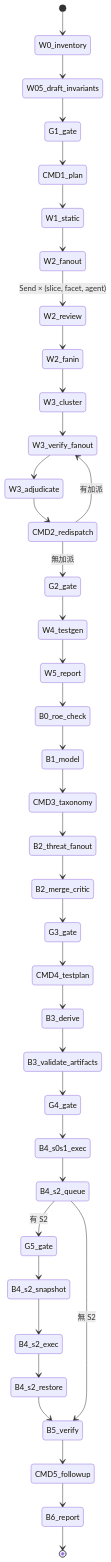
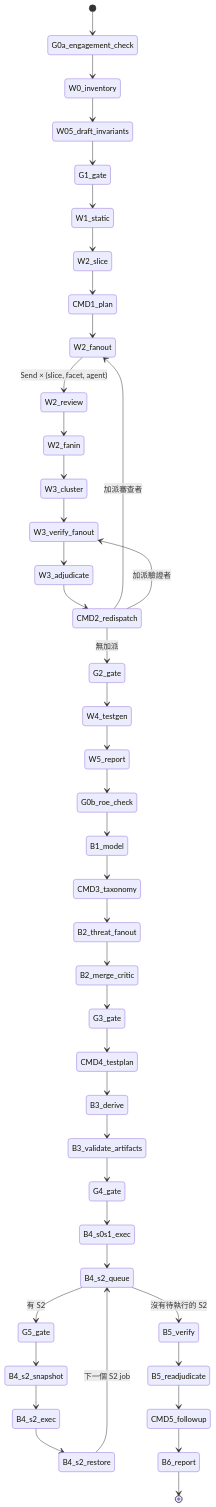
The third of 6 diagrams in docs/03-system-architecture.md (chinchiang/VibeCheckHarness), drawn with Mermaid before and after one commit. The commit also changed other lines of this file and 30 other files, not shown here.

````diff
--- a/docs/03-system-architecture.md
+++ b/docs/03-system-architecture.md
@@ -185,40 +192,44 @@
 ```mermaid
 stateDiagram-v2
-  [*] --> W0_inventory
+  [*] --> G0a_engagement_check
+  G0a_engagement_check --> W0_inventory
   W0_inventory --> W05_draft_invariants
   W05_draft_invariants --> G1_gate
-  G1_gate --> CMD1_plan
-  CMD1_plan --> W1_static
-  W1_static --> W2_fanout
+  G1_gate --> W1_static
+  W1_static --> W2_slice
+  W2_slice --> CMD1_plan
+  CMD1_plan --> W2_fanout
   W2_fanout --> W2_review: Send × (slice, facet, agent)
   W2_review --> W2_fanin
   W2_fanin --> W3_cluster
   W3_cluster --> W3_verify_fanout
   W3_verify_fanout --> W3_adjudicate
   W3_adjudicate --> CMD2_redispatch
-  CMD2_redispatch --> W3_verify_fanout: 有加派
+  CMD2_redispatch --> W2_fanout: 加派審查者
+  CMD2_redispatch --> W3_verify_fanout: 加派驗證者
   CMD2_redispatch --> G2_gate: 無加派
   G2_gate --> W4_testgen
   W4_testgen --> W5_report
-  W5_report --> B0_roe_check
-  B0_roe_check --> B1_model
+  W5_report --> G0b_roe_check
+  G0b_roe_check --> B1_model
   B1_model --> CMD3_taxonomy
   CMD3_taxonomy --> B2_threat_fanout
   B2_threat_fanout --> B2_merge_critic
   B2_merge_critic --> G3_gate
   G3_gate --> CMD4_testplan
   CMD4_testplan --> B3_derive
   B3_derive --> B3_validate_artifacts
   B3_validate_artifacts --> G4_gate
   G4_gate --> B4_s0s1_exec
   B4_s0s1_exec --> B4_s2_queue
   B4_s2_queue --> G5_gate: 有 S2
   G5_gate --> B4_s2_snapshot
   B4_s2_snapshot --> B4_s2_exec
   B4_s2_exec --> B4_s2_restore
-  B4_s2_restore --> B5_verify
-  B4_s2_queue --> B5_verify: 無 S2
-  B5_verify --> CMD5_followup
+  B4_s2_restore --> B4_s2_queue: 下一個 S2 job
+  B4_s2_queue --> B5_verify: 沒有待執行的 S2
+  B5_verify --> B5_readjudicate
+  B5_readjudicate --> CMD5_followup
   CMD5_followup --> B6_report
   B6_report --> [*]
 ```
````
